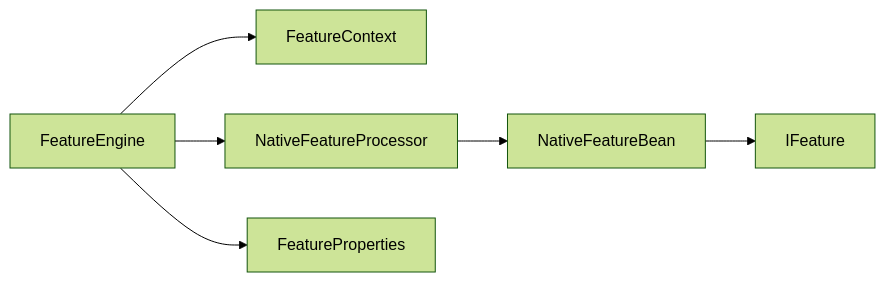
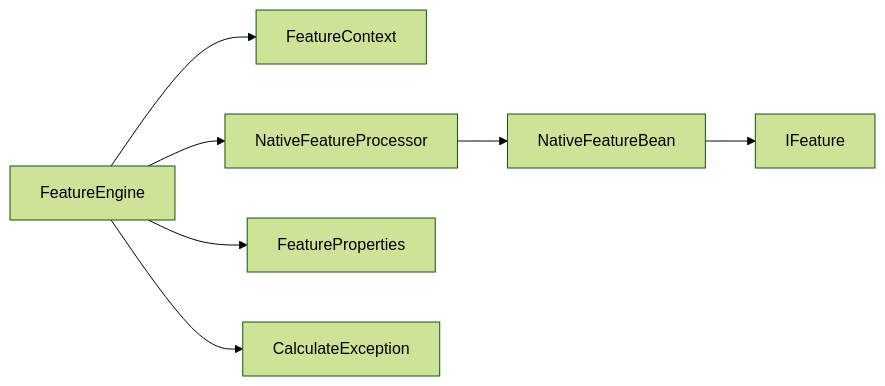
One commit to txzhanghuan/feature changed the fourth of 4 diagrams in .qoder/repowiki/zh/content/API参考/FeatureEngine核心API.md. Above: the diagram before and after it, drawn with Mermaid (forest theme). The commit also changed other lines of this file and 13 other files, not shown here.

````diff
--- a/.qoder/repowiki/zh/content/API参考/FeatureEngine核心API.md
+++ b/.qoder/repowiki/zh/content/API参考/FeatureEngine核心API.md
@@ -252,8 +316,9 @@
 ```mermaid
 graph LR
 A["FeatureEngine"] --> B["FeatureContext"]
 A --> C["NativeFeatureProcessor"]
 A --> D["FeatureProperties"]
-C --> E["NativeFeatureBean"]
-E --> F["IFeature"]
+A --> E["CalculateException"]
+C --> F["NativeFeatureBean"]
+F --> G["IFeature"]
 ```
````
